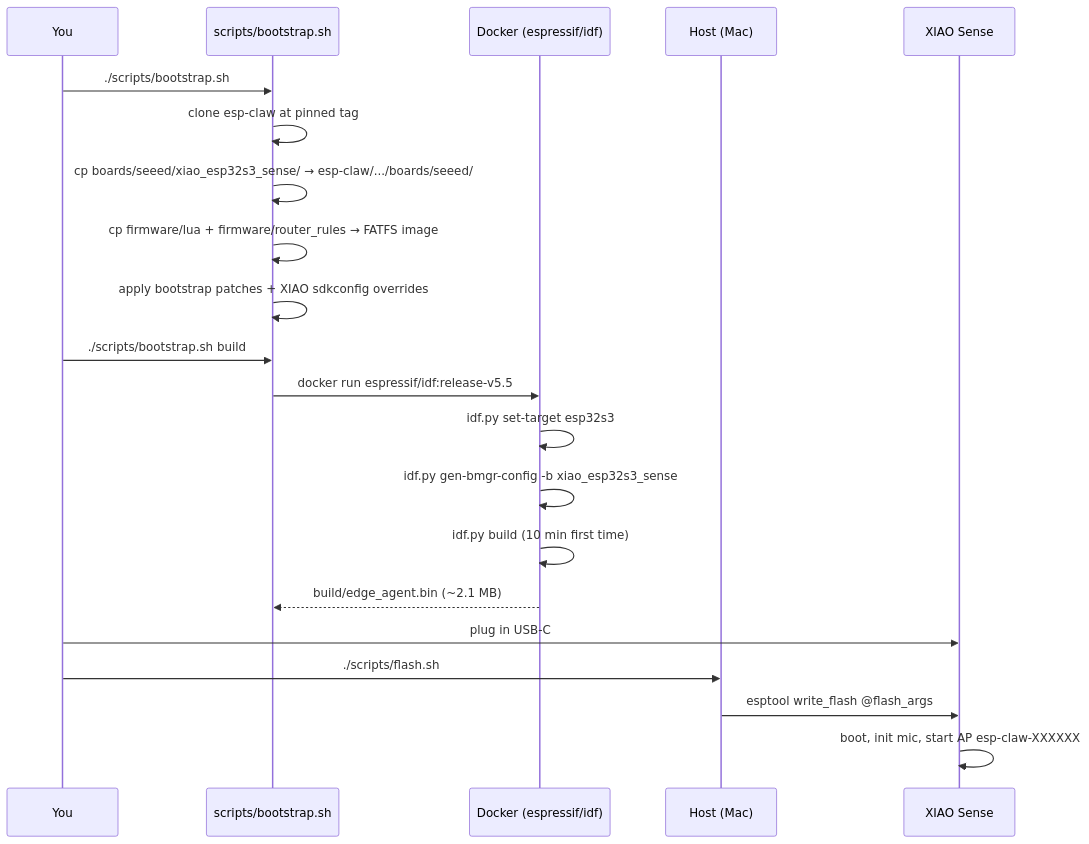
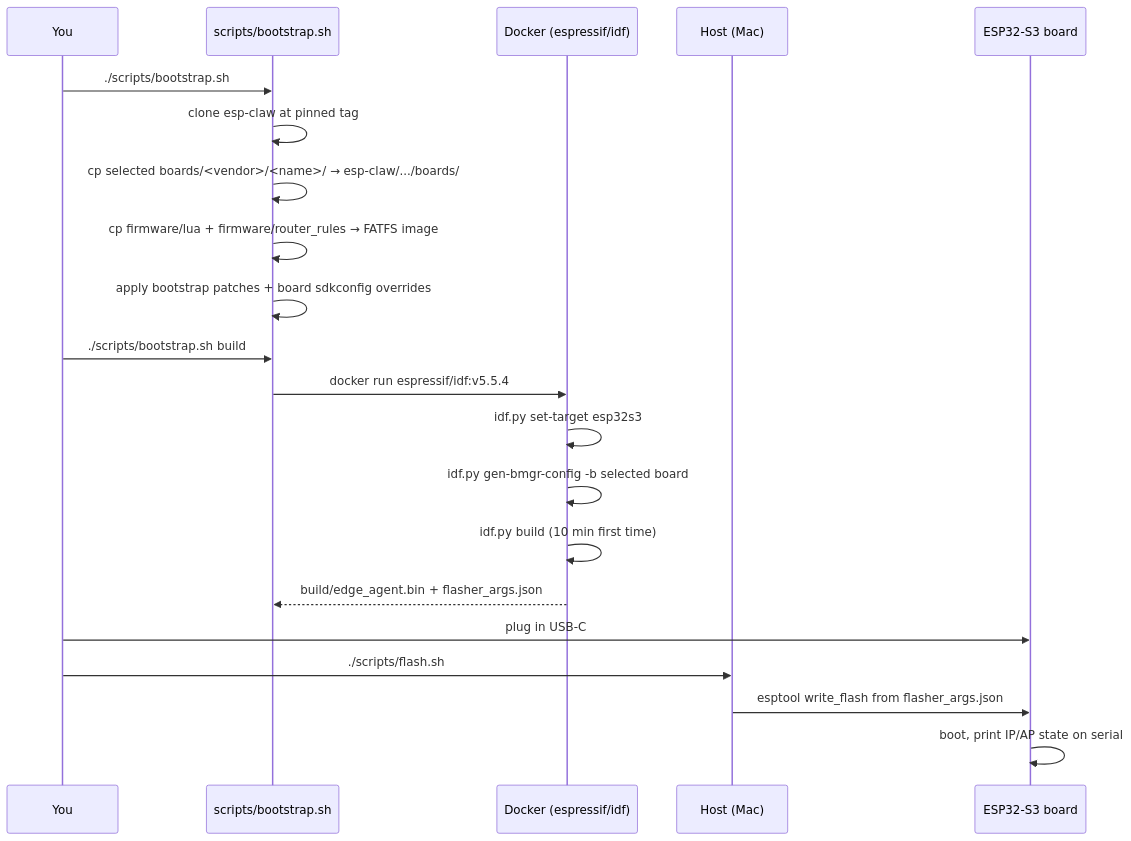
Before and after one commit to PascalAI2024/JarvisNano: the diagram in docs/BUILD.md, drawn with Mermaid. The commit also changed other lines of this file and 19 other files, not shown here.

````diff
--- a/docs/BUILD.md
+++ b/docs/BUILD.md
@@ -36,24 +42,24 @@
 ```mermaid
 sequenceDiagram
     participant U as You
     participant B as scripts/bootstrap.sh
     participant D as Docker (espressif/idf)
     participant H as Host (Mac)
-    participant X as XIAO Sense
+    participant X as ESP32-S3 board
 
     U->>B: ./scripts/bootstrap.sh
     B->>B: clone esp-claw at pinned tag
-    B->>B: cp boards/seeed/xiao_esp32s3_sense/ → esp-claw/.../boards/seeed/
+    B->>B: cp selected boards/<vendor>/<name>/ → esp-claw/.../boards/
     B->>B: cp firmware/lua + firmware/router_rules → FATFS image
-    B->>B: apply bootstrap patches + XIAO sdkconfig overrides
+    B->>B: apply bootstrap patches + board sdkconfig overrides
     U->>B: ./scripts/bootstrap.sh build
-    B->>D: docker run espressif/idf:release-v5.5
+    B->>D: docker run espressif/idf:v5.5.4
     D->>D: idf.py set-target esp32s3
-    D->>D: idf.py gen-bmgr-config -b xiao_esp32s3_sense
+    D->>D: idf.py gen-bmgr-config -b selected board
     D->>D: idf.py build (10 min first time)
-    D-->>B: build/edge_agent.bin (~2.1 MB)
+    D-->>B: build/edge_agent.bin + flasher_args.json
     U->>X: plug in USB-C
     U->>H: ./scripts/flash.sh
-    H->>X: esptool write_flash @flash_args
-    X->>X: boot, init mic, start AP esp-claw-XXXXXX
+    H->>X: esptool write_flash from flasher_args.json
+    X->>X: boot, print IP/AP state on serial
 ```
````
